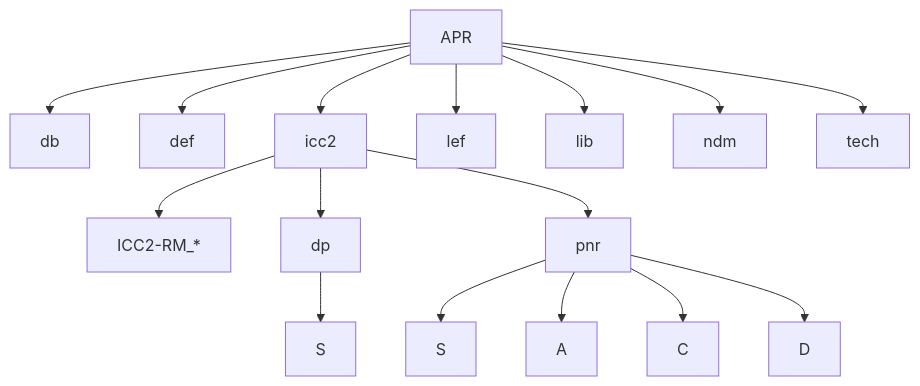
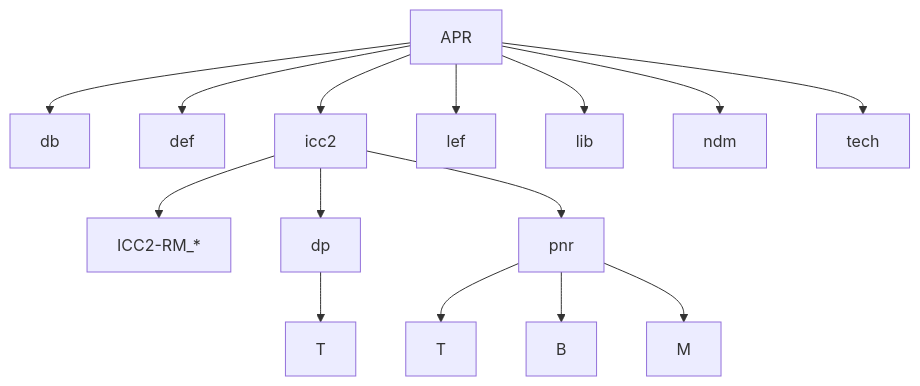
One commit to plusisland/ICC2 changed the third of 6 diagrams in ICC2DP.md. Above: the diagram before and after it, drawn with Mermaid. The commit also changed other lines of this file, not shown here.

````diff
--- a/ICC2DP.md
+++ b/ICC2DP.md
@@ -77,18 +56,17 @@
 ```mermaid
 flowchart TD
     APR[APR] --> db[db]
     APR --> def[def]
     APR --> icc[icc2]
     APR --> lef[lef]
     APR --> lib[lib]
     APR --> ndm[ndm]
     APR --> tech[tech]
     icc --> rm[ICC2-RM_*]
     icc --> dp[dp]
-    dp --> S[S]
+    dp --> T[T]
     icc --> pnr[pnr]
-    pnr --> S1[S]
-    pnr --> A[A]
-    pnr --> C[C]
-    pnr --> D[D]
+    pnr --> TOP[T]
+    pnr --> B[B]
+    pnr --> M[M]
 ```
````
